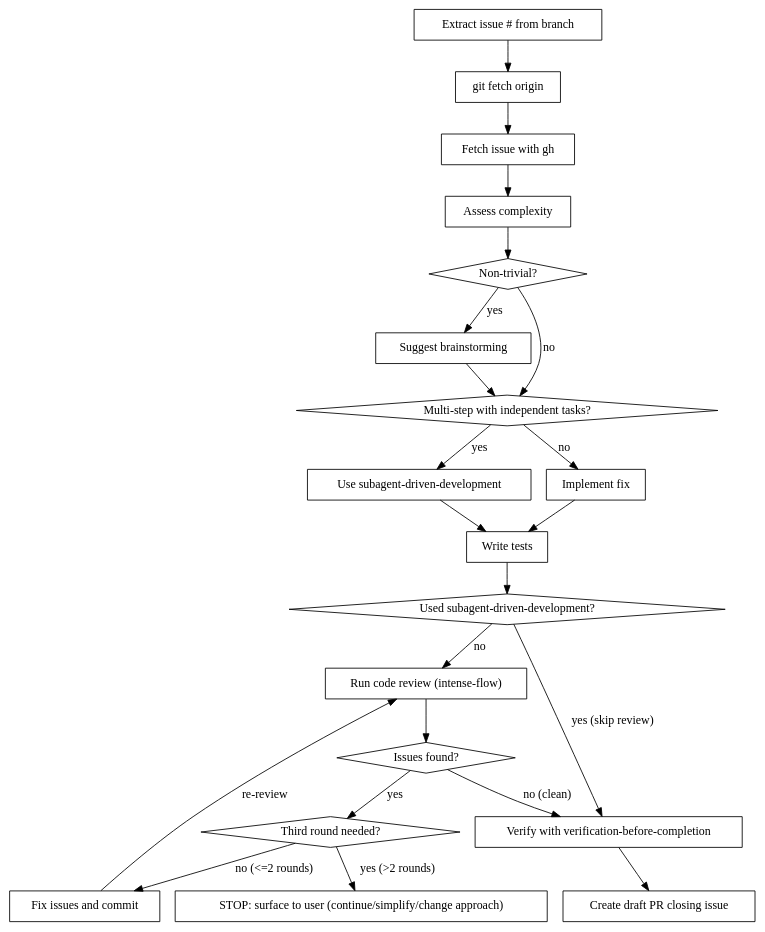
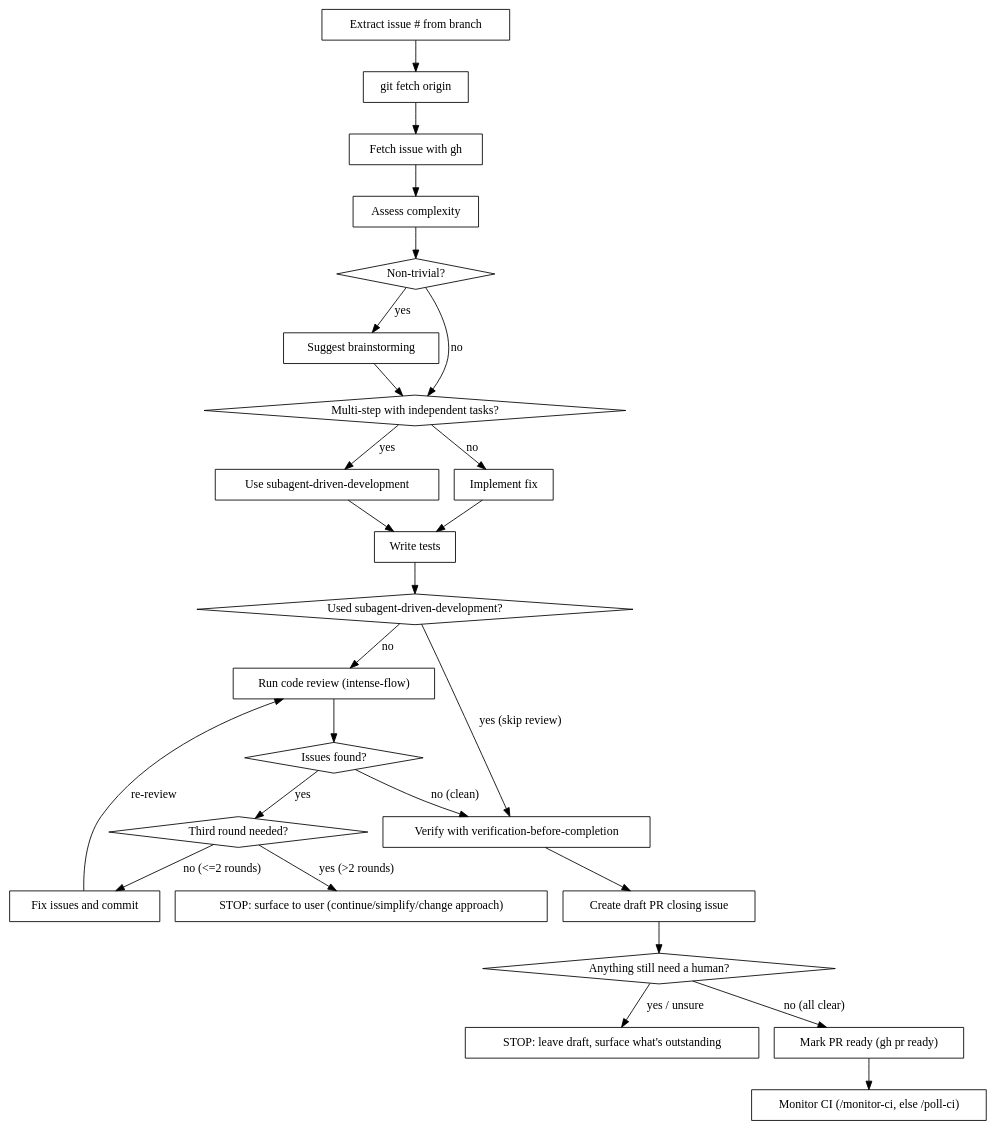
The diagram in commands/fix-gh-issue.md (oalders/kitchen-sink), drawn with Graphviz before and after one commit. The commit also changed other lines of this file, not shown here.

First line of the commit message:
fix-gh-issue: auto-mark PR ready and start CI monitoring when nothing needs human review (#65)

````diff
--- a/commands/fix-gh-issue.md
+++ b/commands/fix-gh-issue.md
@@ -62,44 +62,52 @@
 ```dot
 digraph fix_issue {
     "Extract issue # from branch" [shape=box];
     "git fetch origin" [shape=box];
     "Fetch issue with gh" [shape=box];
     "Assess complexity" [shape=box];
     "Non-trivial?" [shape=diamond];
     "Suggest brainstorming" [shape=box];
     "Multi-step with independent tasks?" [shape=diamond];
     "Use subagent-driven-development" [shape=box];
     "Implement fix" [shape=box];
     "Write tests" [shape=box];
     "Used subagent-driven-development?" [shape=diamond];
     "Run code review (intense-flow)" [shape=box];
     "Issues found?" [shape=diamond];
     "Third round needed?" [shape=diamond];
     "STOP: surface to user (continue/simplify/change approach)" [shape=box];
     "Fix issues and commit" [shape=box];
     "Verify with verification-before-completion" [shape=box];
     "Create draft PR closing issue" [shape=box];
+    "Anything still need a human?" [shape=diamond];
+    "STOP: leave draft, surface what's outstanding" [shape=box];
+    "Mark PR ready (gh pr ready)" [shape=box];
+    "Monitor CI (/monitor-ci, else /poll-ci)" [shape=box];
 
     "Extract issue # from branch" -> "git fetch origin";
     "git fetch origin" -> "Fetch issue with gh";
     "Fetch issue with gh" -> "Assess complexity";
     "Assess complexity" -> "Non-trivial?";
     "Non-trivial?" -> "Suggest brainstorming" [label="yes"];
     "Non-trivial?" -> "Multi-step with independent tasks?" [label="no"];
     "Suggest brainstorming" -> "Multi-step with independent tasks?";
     "Multi-step with independent tasks?" -> "Use subagent-driven-development" [label="yes"];
     "Multi-step with independent tasks?" -> "Implement fix" [label="no"];
     "Use subagent-driven-development" -> "Write tests";
     "Implement fix" -> "Write tests";
     "Write tests" -> "Used subagent-driven-development?";
     "Used subagent-driven-development?" -> "Verify with verification-before-completion" [label="yes (skip review)"];
     "Used subagent-driven-development?" -> "Run code review (intense-flow)" [label="no"];
     "Run code review (intense-flow)" -> "Issues found?" [shape=diamond];
     "Issues found?" -> "Third round needed?" [label="yes"];
     "Third round needed?" -> "STOP: surface to user (continue/simplify/change approach)" [label="yes (>2 rounds)"];
     "Third round needed?" -> "Fix issues and commit" [label="no (<=2 rounds)"];
     "Fix issues and commit" -> "Run code review (intense-flow)" [label="re-review"];
     "Issues found?" -> "Verify with verification-before-completion" [label="no (clean)"];
     "Verify with verification-before-completion" -> "Create draft PR closing issue";
+    "Create draft PR closing issue" -> "Anything still need a human?";
+    "Anything still need a human?" -> "STOP: leave draft, surface what's outstanding" [label="yes / unsure"];
+    "Anything still need a human?" -> "Mark PR ready (gh pr ready)" [label="no (all clear)"];
+    "Mark PR ready (gh pr ready)" -> "Monitor CI (/monitor-ci, else /poll-ci)";
 }
 ```
````
